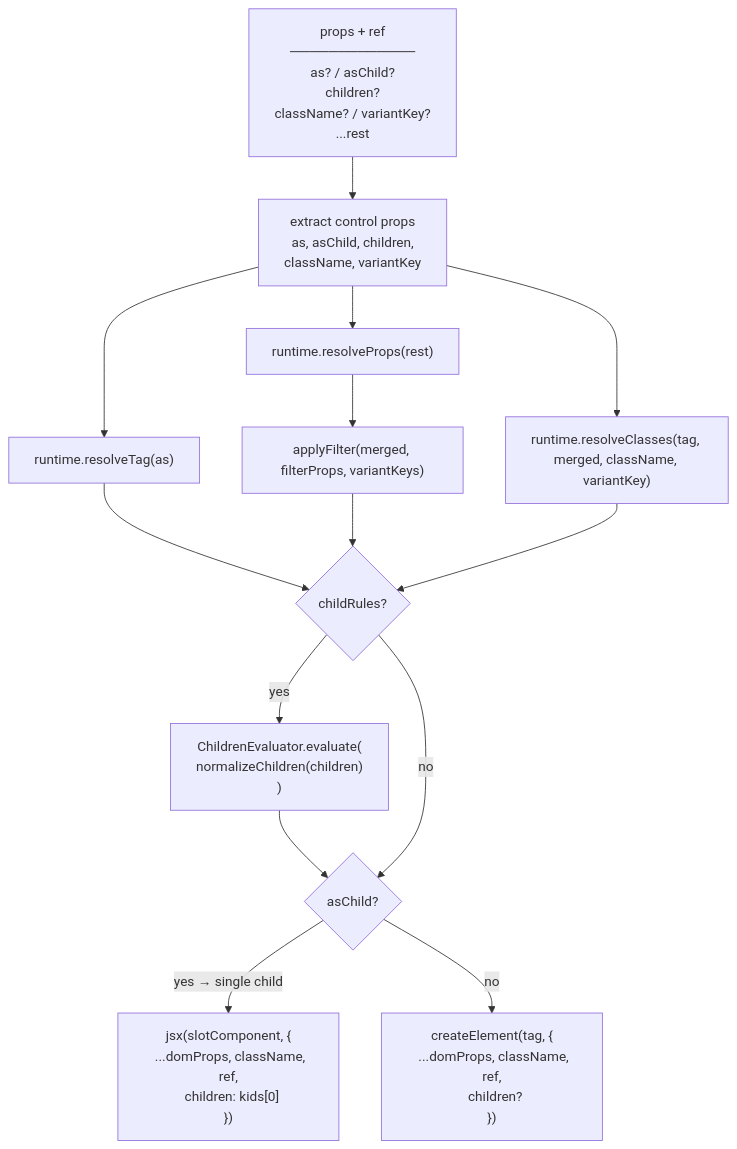
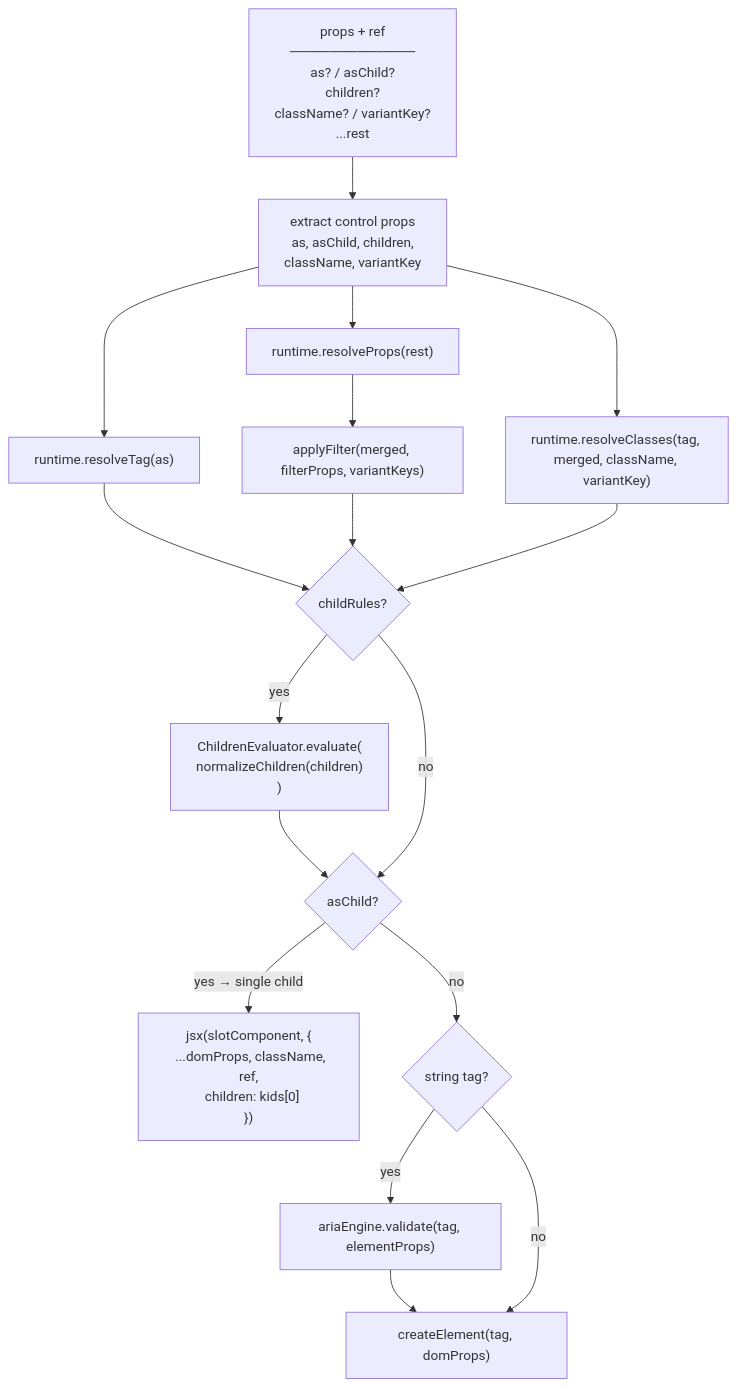
One commit to slowebworkz/praxis-kit changed the ninth of 10 diagrams in ARCHITECTURE.md. Above: the diagram before and after it, drawn with Mermaid. The commit also changed other lines of this file and 26 other files, not shown here.

````diff
--- a/ARCHITECTURE.md
+++ b/ARCHITECTURE.md
@@ -456,44 +487,45 @@
 ```mermaid
 flowchart TD
     input["props + ref
 ─────────────
 as? / asChild?
 children?
 className? / variantKey?
 ...rest"]
 
     extract["extract control props
 as, asChild, children,
 className, variantKey"]
 
     tag["runtime.resolveTag(as)"]
     merged["runtime.resolveProps(rest)"]
     cls["runtime.resolveClasses(tag, merged, className, variantKey)"]
     filter["applyFilter(merged, filterProps, variantKeys)"]
 
     childEval{"childRules?"}
     evaluate["ChildrenEvaluator.evaluate(
   normalizeChildren(children)
 )"]
 
     asChildBranch{"asChild?"}
 
     slotRender["jsx(slotComponent, {
   ...domProps, className, ref,
   children: kids[0]
 })"]
 
-    normalRender["createElement(tag, {
-  ...domProps, className, ref,
-  children?
-})"]
+    ariaGuard{"string tag?"}
+    aria["ariaEngine.validate(tag, elementProps)"]
+    normalRender["createElement(tag, domProps)"]
 
     input --> extract
     extract --> tag & merged & cls
     merged --> filter
     tag & filter & cls --> childEval
     childEval -- yes --> evaluate --> asChildBranch
     childEval -- no --> asChildBranch
     asChildBranch -- yes → single child --> slotRender
-    asChildBranch -- no --> normalRender
+    asChildBranch -- no --> ariaGuard
+    ariaGuard -- yes --> aria --> normalRender
+    ariaGuard -- no  --> normalRender
 ```
````
